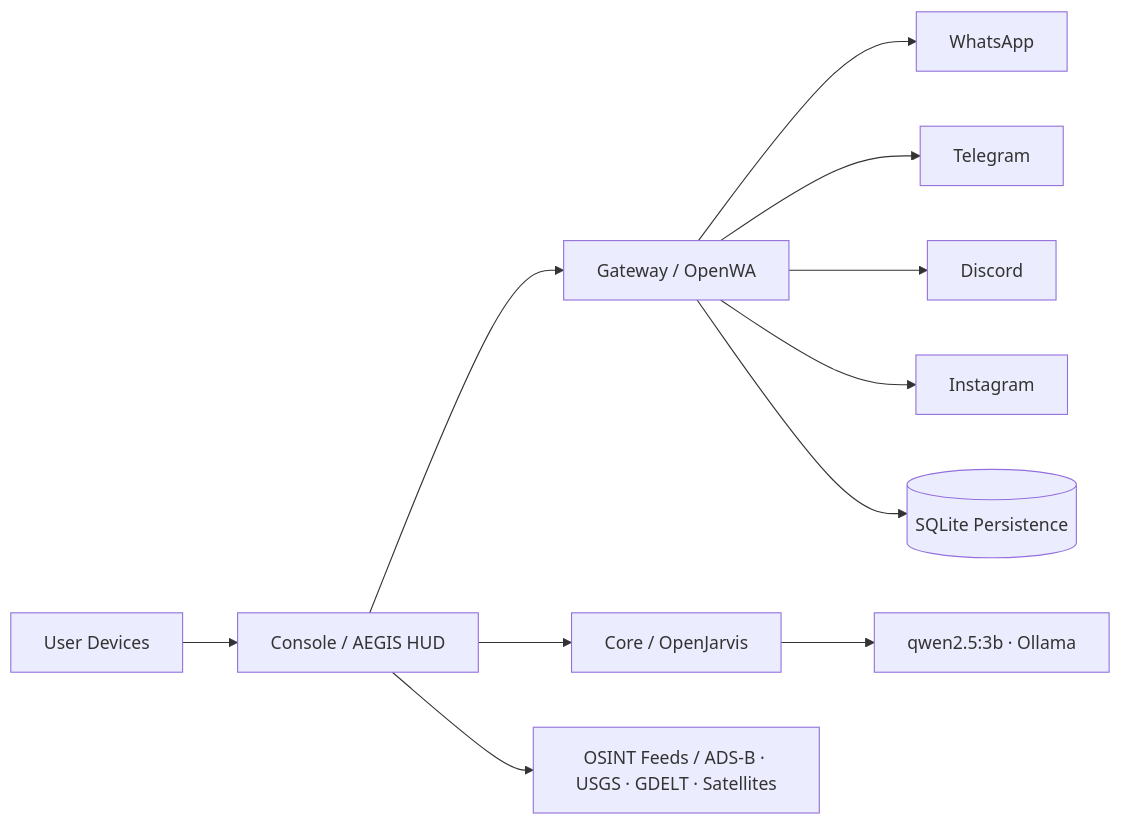
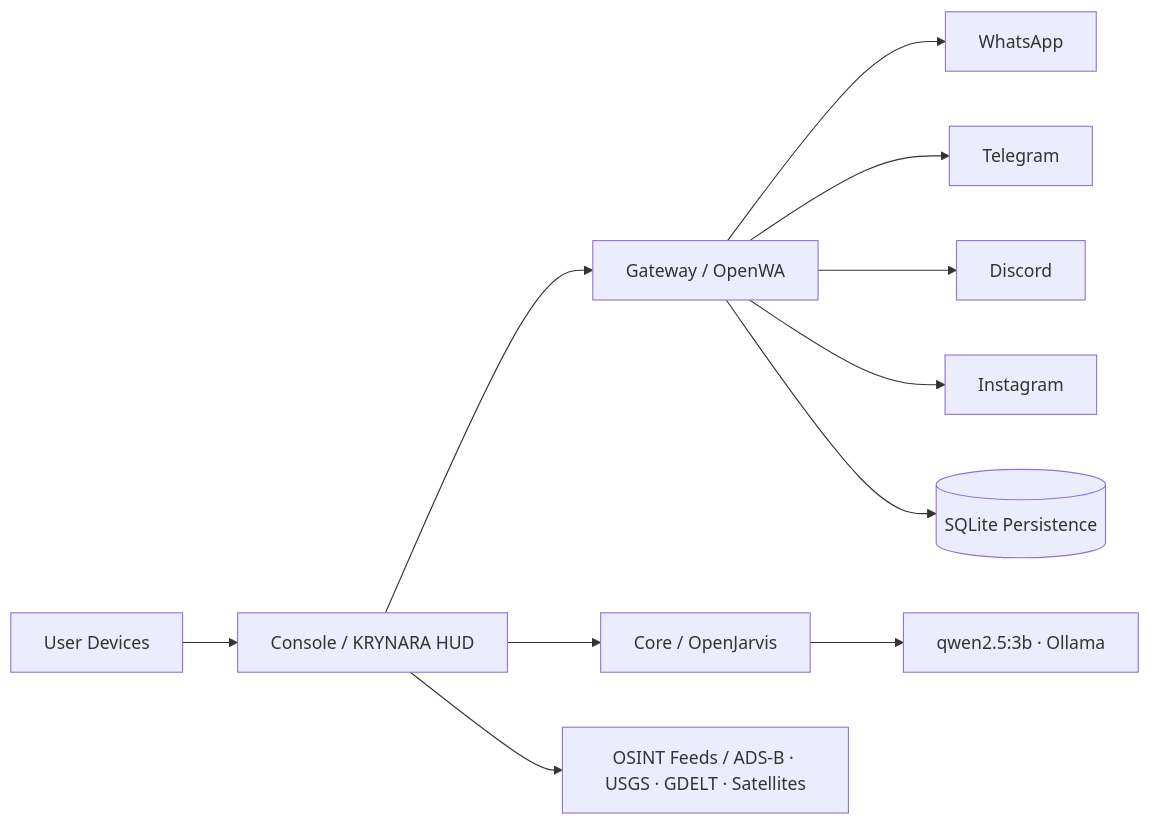
Before and after one commit to emmadleo9/AEGIS-OS: the diagram in README.md, drawn with Mermaid. The commit also changed other lines of this file and 93 other files, not shown here.

Commit message:
refactor: rebrand AEGIS-OS to Krynara-OS across repo, console, gateway, scripts, docs, and startup launchers

````diff
--- a/README.md
+++ b/README.md
@@ -56,13 +56,13 @@
 ```mermaid
 flowchart LR
-    U[User Devices] --> C[Console / AEGIS HUD]
+    U[User Devices] --> C[Console / KRYNARA HUD]
     C --> G[Gateway / OpenWA]
     C --> K[Core / OpenJarvis]
     G --> WA[WhatsApp]
     G --> TG[Telegram]
     G --> DC[Discord]
     G --> IG[Instagram]
     C --> O[OSINT Feeds / ADS-B · USGS · GDELT · Satellites]
     K --> LLM[qwen2.5:3b · Ollama]
     G --> DB[(SQLite Persistence)]
 ```
````
